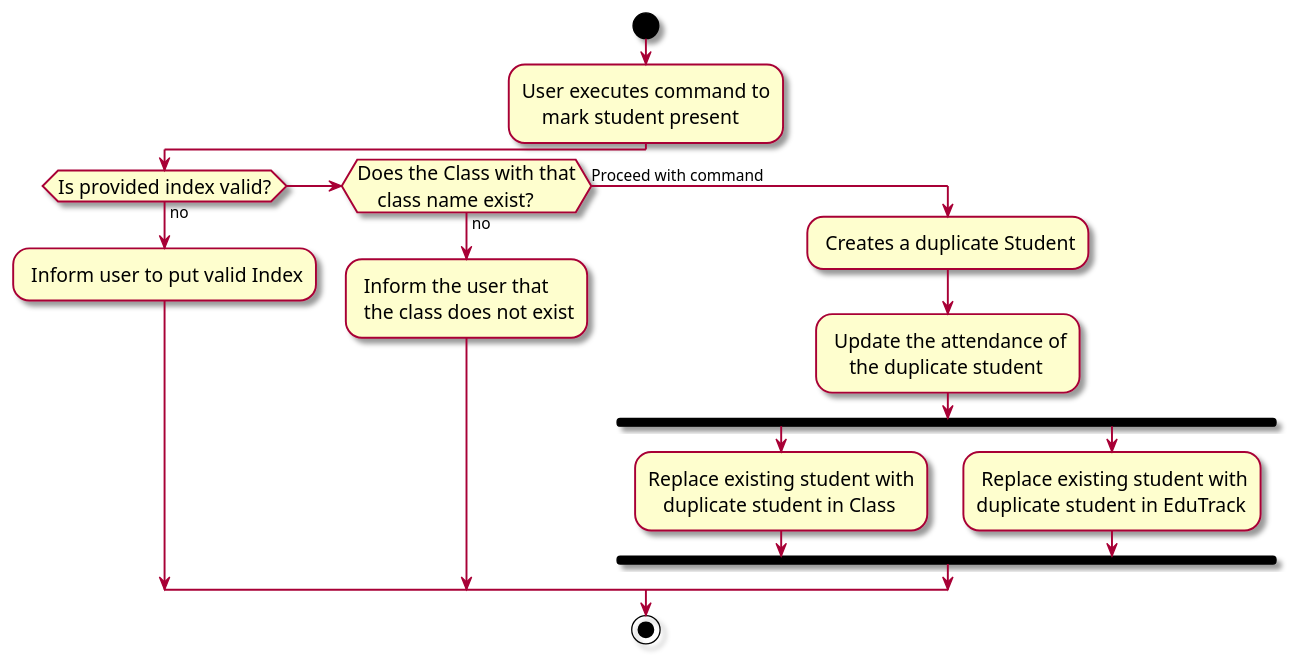
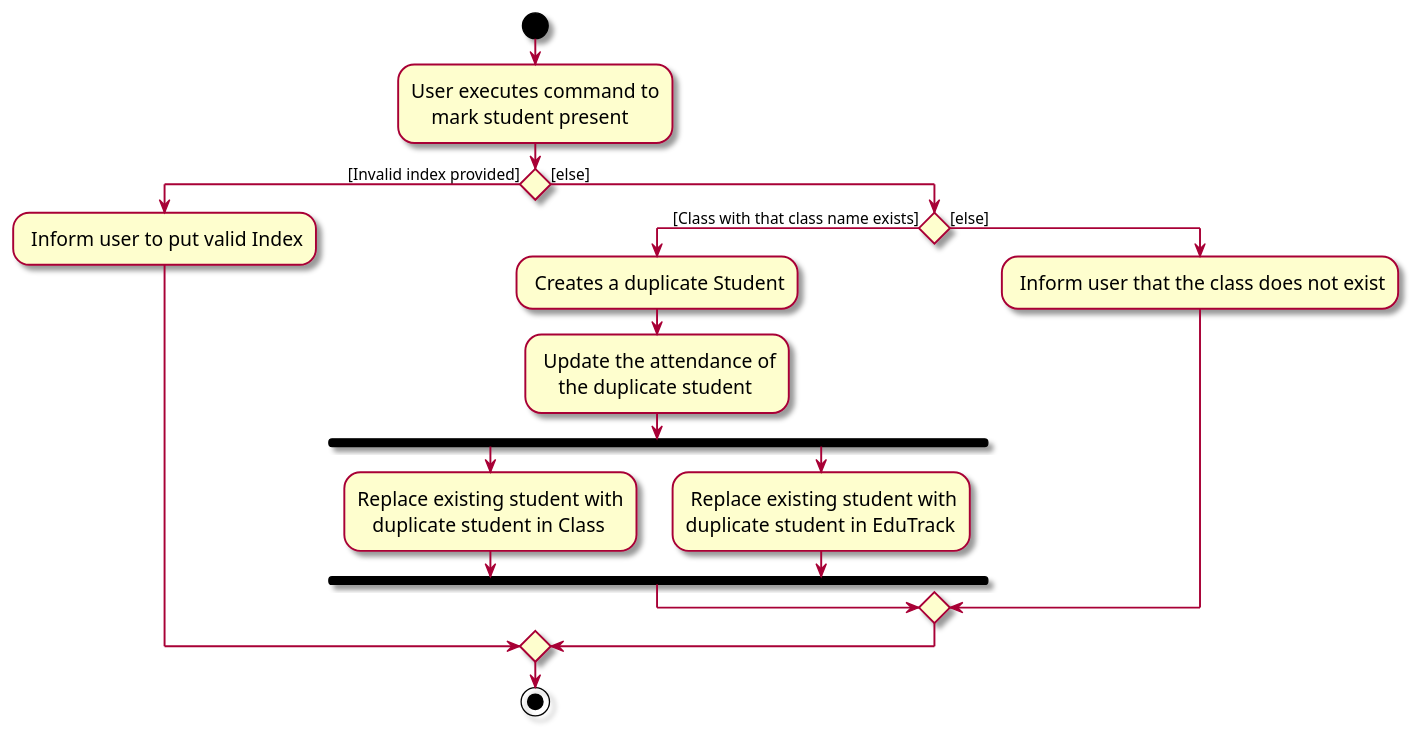
The diagram in diagrams/MarkStudentActivityDiagram.puml (sudarshan2401/tp), drawn with PlantUML before and after one commit. The commit also changed 45 other files, not shown here.

```diff
--- a/diagrams/MarkStudentActivityDiagram.puml
+++ b/diagrams/MarkStudentActivityDiagram.puml
@@ -1,32 +1,28 @@
 @startuml
 skin rose
 skinparam ActivityFontSize 15
 skinparam ArrowFontSize 12
 start
 :User executes command to
     mark student present;
 
-'Since the beta syntax does not support placing the condition outside the
-'diamond we place it as the true branch instead.
-
-if (Is provided index valid?) then (no)
+if () then ([Invalid index provided])
     : Inform user to put valid Index;
-elseif (Does the Class with that
-    class name exist?) then (no)
-    : Inform the user that
-     the class does not exist;
-else (Proceed with command)
-    : Creates a duplicate Student;
-    : Update the attendance of
-        the duplicate student;
-    fork
-        :Replace existing student with
-           duplicate student in Class;
-    fork again
-        : Replace existing student with
-        duplicate student in EduTrack;
-    end fork
-
+else ([else])
+    if () then ([Class with that class name exists])
+            : Creates a duplicate Student;
+            : Update the attendance of
+                the duplicate student;
+            fork
+                :Replace existing student with
+                   duplicate student in Class;
+            fork again
+                : Replace existing student with
+                duplicate student in EduTrack;
+            end fork
+    else ([else])
+        : Inform user that the class does not exist;
+    endif
 endif
 stop
 @enduml
```
